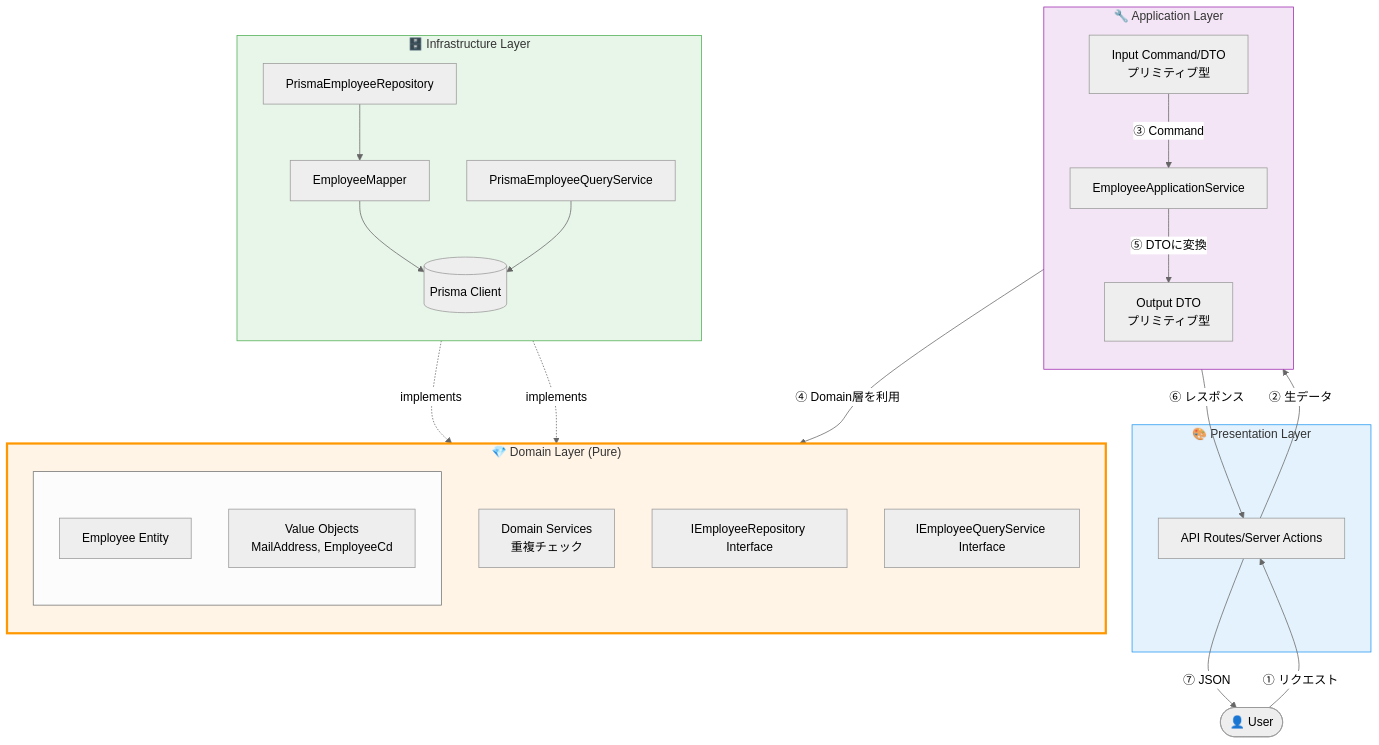
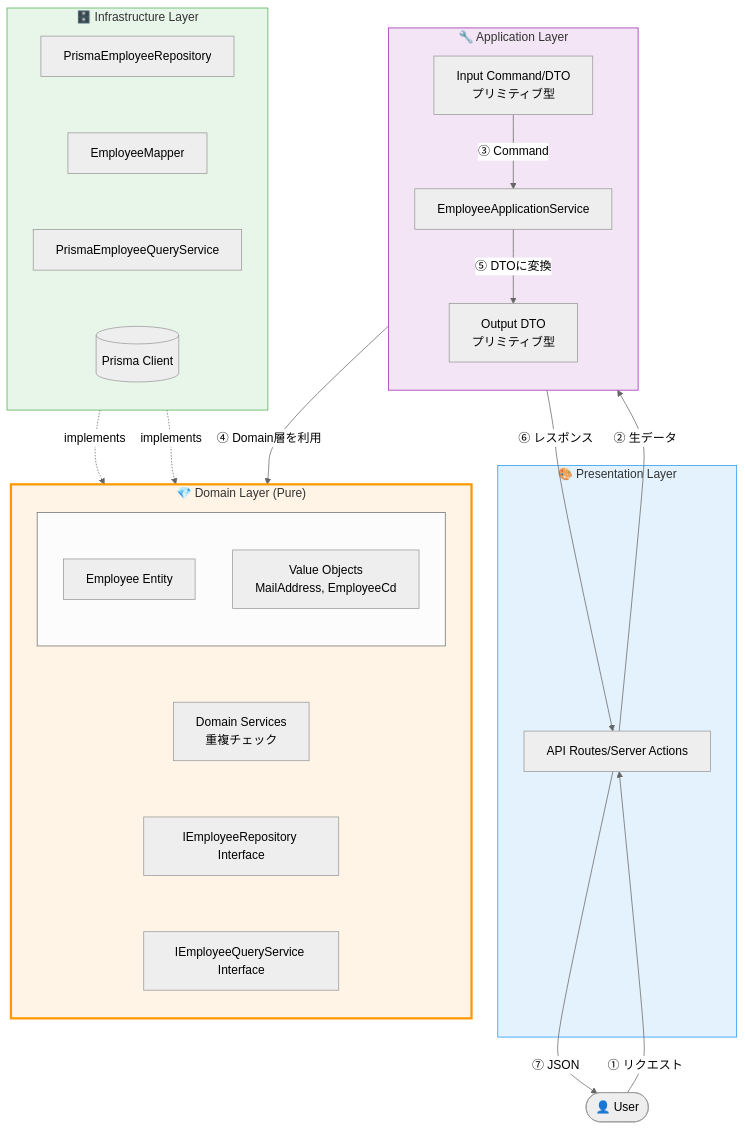
The first of 5 diagrams in docs/ddd-architecture-overview.md (chapplehub/estimate-management-system), drawn with Mermaid (neutral theme) before and after one commit.

Commit message:
アーキテクチャ図修正

````diff
--- a/docs/ddd-architecture-overview.md
+++ b/docs/ddd-architecture-overview.md
@@ -19,60 +19,66 @@
 ```mermaid
 flowchart TB
     User([👤 User])
 
     subgraph Presentation["🎨 Presentation Layer"]
         API[API Routes/Server Actions]
     end
 
     subgraph Application["🔧 Application Layer"]
         direction TB
         InputDTO[Input Command/DTO<br/>プリミティブ型]
         AppService[EmployeeApplicationService]
         OutputDTO[Output DTO<br/>プリミティブ型]
     end
 
     subgraph Domain["💎 Domain Layer (Pure)"]
         direction TB
         subgraph EntityGroup[" "]
             direction TB
             Entity[Employee Entity]
             VO[Value Objects<br/>MailAddress, EmployeeCd]
         end
         DomainService[Domain Services<br/>重複チェック]
         IRepo[IEmployeeRepository Interface]
         IQuery[IEmployeeQueryService Interface]
     end
 
     subgraph Infrastructure["🗄️ Infrastructure Layer"]
         direction TB
         Repo[PrismaEmployeeRepository]
         QueryService[PrismaEmployeeQueryService]
         Mapper[EmployeeMapper]
         Prisma[(Prisma Client)]
     end
 
     %% データの流れ（上から下）
     User -->|"① リクエスト"| API
     API -->|"② 生データ"| InputDTO
     InputDTO -->|"③ Command"| AppService
     AppService -->|"④ Domain層を利用"| EntityGroup
 
+    %% 層の順序を強制（見えない矢印）
+    EntityGroup ~~~ DomainService
+    DomainService ~~~ IRepo
+    IRepo ~~~ IQuery
+    IQuery ~~~ Repo
+
     %% Infrastructure層の実装関係（下から上への点線）
     Repo -.implements.-> IRepo
     QueryService -.implements.-> IQuery
 
     %% Infrastructure層内の依存
-    Repo --> Mapper
-    Mapper --> Prisma
-    QueryService --> Prisma
+    Repo ~~~ Mapper
+    Mapper ~~~ QueryService
+    QueryService ~~~ Prisma
 
     %% レスポンスの流れ（下から上）
     AppService -->|"⑤ DTOに変換"| OutputDTO
     OutputDTO -->|"⑥ レスポンス"| API
     API -->|"⑦ JSON"| User
 
     style Domain fill:#fff4e6,stroke:#ff9800,stroke-width:3px
     style Presentation fill:#e3f2fd,stroke:#2196f3
     style Application fill:#f3e5f5,stroke:#9c27b0
     style Infrastructure fill:#e8f5e9,stroke:#4caf50
 ```
````
